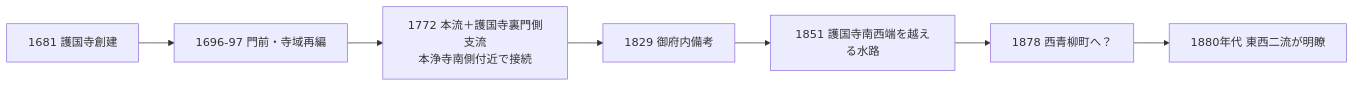
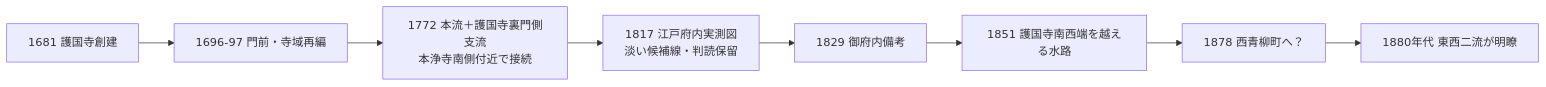
Before and after one commit to yuubinnkyoku/otowa-ankyoscape: the second of 2 diagrams in docs/open-questions/音羽谷西側の弦巻川下流の成立年代.md, drawn with Mermaid. The commit also changed other lines of this file, not shown here.

Commit message:
弦巻川下流成立年表に1817年実測図を追加

````diff
--- a/docs/open-questions/音羽谷西側の弦巻川下流の成立年代.md
+++ b/docs/open-questions/音羽谷西側の弦巻川下流の成立年代.md
@@ -193,9 +215,10 @@
 ```mermaid
 flowchart LR
     A[1681 護国寺創建] --> B[1696-97 門前・寺域再編]
     B --> C[1772 本流＋護国寺裏門側支流<br/>本浄寺南側付近で接続]
-    C --> D[1829 御府内備考]
-    D --> E[1851 護国寺南西端を越える水路]
-    E --> F[1878 西青柳町へ？]
-    F --> G[1880年代 東西二流が明瞭]
+    C --> D[1817 江戸府内実測図<br/>淡い候補線・判読保留]
+    D --> E[1829 御府内備考]
+    E --> F[1851 護国寺南西端を越える水路]
+    F --> G[1878 西青柳町へ？]
+    G --> H[1880年代 東西二流が明瞭]
 ```
````
